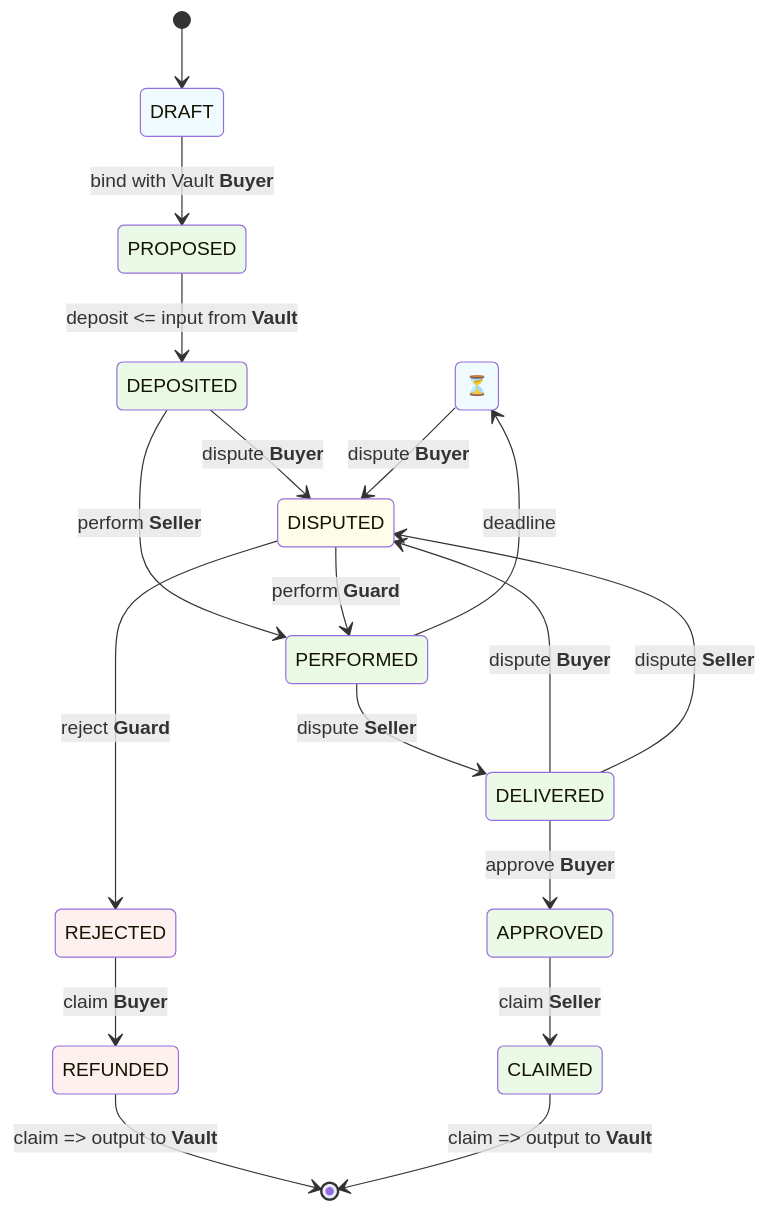
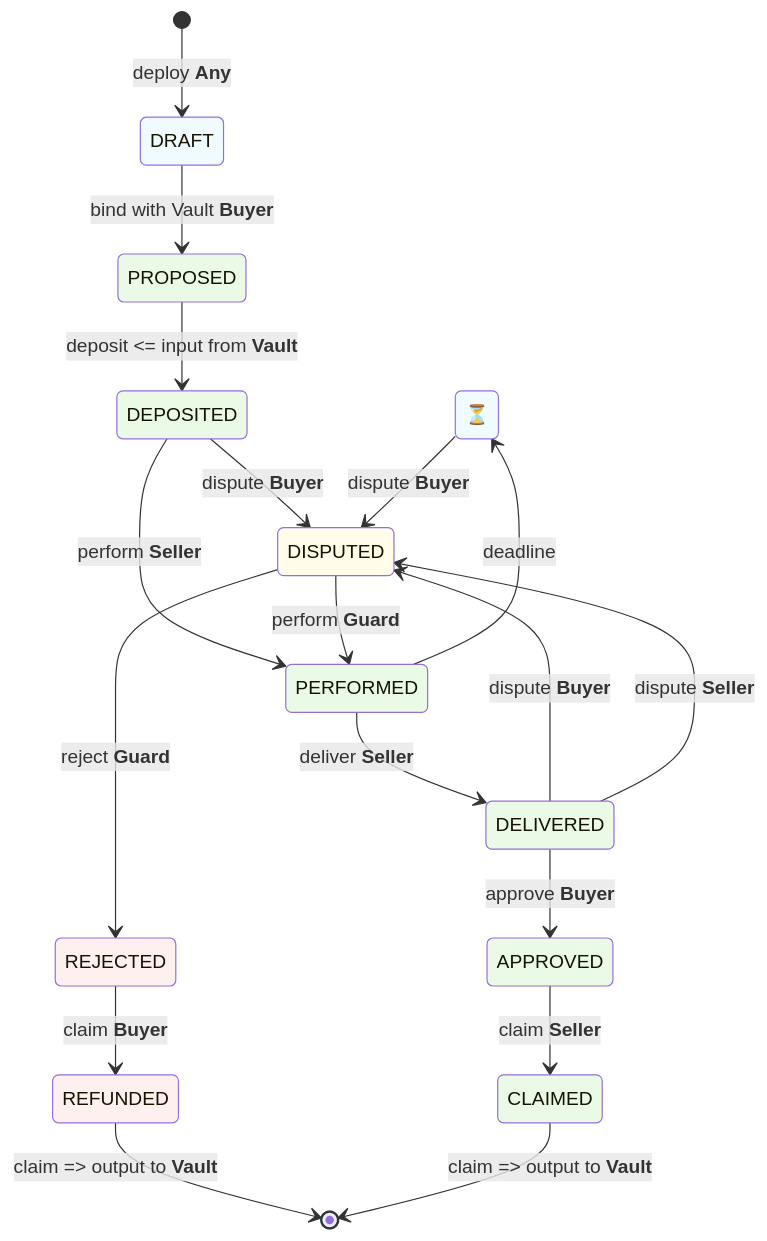
The second of 3 diagrams in readme.md (ilyar/chameleon-escrow), drawn with Mermaid before and after one commit.

Commit message:
chore: fix typo

````diff
--- a/readme.md
+++ b/readme.md
@@ -52,45 +52,45 @@
 ```mermaid
 stateDiagram
     classDef success fill:#EBF9E7
     classDef info fill:#F0FBFF
     classDef warning fill:#FFFCEA
     classDef danger fill:#FFF0F0
 
     class DRAFT info
     class PROPOSED success
     class DEPOSITED success
     class PERFORMED success
     class DELIVERED success
     class APPROVED success
     class CLAIMED success
     class DISPUTED warning
     class REJECTED danger
     class REFUNDED danger
     class deadline info
 
     state "⏳" as deadline
 
-    [*] --> DRAFT
+    [*] --> DRAFT           : deploy **Any**
     DRAFT --> PROPOSED      : bind with Vault **Buyer**
     PROPOSED --> DEPOSITED  : deposit <= input from **Vault**
 
     DEPOSITED --> DISPUTED  : dispute **Buyer**
     DEPOSITED --> PERFORMED : perform **Seller**
 
     PERFORMED --> deadline  : deadline
     deadline --> DISPUTED   : dispute **Buyer**
-    PERFORMED --> DELIVERED : dispute **Seller**
+    PERFORMED --> DELIVERED : deliver **Seller**
 
     DELIVERED --> DISPUTED  : dispute **Buyer**
     DELIVERED --> DISPUTED  : dispute **Seller**
     DELIVERED --> APPROVED  : approve **Buyer**
 
     DISPUTED --> REJECTED   : reject **Guard**
     DISPUTED --> PERFORMED  : perform **Guard**
 
     REJECTED --> REFUNDED   : claim **Buyer**
     APPROVED --> CLAIMED    : claim **Seller**
 
     REFUNDED --> [*]        : claim => output to **Vault**
     CLAIMED --> [*]         : claim => output to **Vault**
 ```
````
